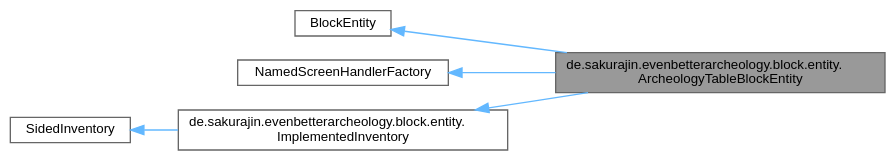
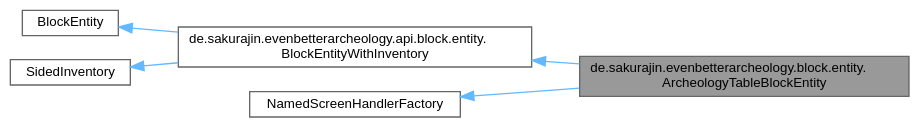
The diagram in classde_1_1sakurajin_1_1evenbetterarcheology_1_1block_1_1entity_1_1ArcheologyTableBlockEntity__inherit__graph.dot (noah1510/EvenBetterArcheology), drawn with Graphviz before and after one commit. The commit also changed 146 other files, not shown here.

```diff
--- a/classde_1_1sakurajin_1_1evenbetterarcheology_1_1block_1_1entity_1_1ArcheologyTableBlockEntity__inherit__graph.dot
+++ b/classde_1_1sakurajin_1_1evenbetterarcheology_1_1block_1_1entity_1_1ArcheologyTableBlockEntity__inherit__graph.dot
@@ -1,17 +1,17 @@
 digraph "de.sakurajin.evenbetterarcheology.block.entity.ArcheologyTableBlockEntity"
 {
  // LATEX_PDF_SIZE
   bgcolor="transparent";
   edge [fontname=Helvetica,fontsize=10,labelfontname=Helvetica,labelfontsize=10];
   node [fontname=Helvetica,fontsize=10,shape=box,height=0.2,width=0.4];
   rankdir="LR";
   Node1 [label="de.sakurajin.evenbetterarcheology.block.entity.\lArcheologyTableBlockEntity",height=0.2,width=0.4,color="gray40", fillcolor="grey60", style="filled", fontcolor="black",tooltip=" "];
   Node2 -> Node1 [dir="back",color="steelblue1",style="solid"];
-  Node2 [label="BlockEntity",height=0.2,width=0.4,color="gray40", fillcolor="white", style="filled",tooltip=" "];
-  Node3 -> Node1 [dir="back",color="steelblue1",style="solid"];
-  Node3 [label="NamedScreenHandlerFactory",height=0.2,width=0.4,color="gray40", fillcolor="white", style="filled",tooltip=" "];
-  Node4 -> Node1 [dir="back",color="steelblue1",style="solid"];
-  Node4 [label="de.sakurajin.evenbetterarcheology.block.entity.\lImplementedInventory",height=0.2,width=0.4,color="gray40", fillcolor="white", style="filled",URL="$interfacede_1_1sakurajin_1_1evenbetterarcheology_1_1block_1_1entity_1_1ImplementedInventory.html",tooltip="A simple SidedInventory implementation with only default methods + an item list getter."];
-  Node5 -> Node4 [dir="back",color="steelblue1",style="solid"];
-  Node5 [label="SidedInventory",height=0.2,width=0.4,color="gray40", fillcolor="white", style="filled",tooltip=" "];
+  Node2 [label="de.sakurajin.evenbetterarcheology.api.block.entity.\lBlockEntityWithInventory",height=0.2,width=0.4,color="gray40", fillcolor="white", style="filled",URL="$classde_1_1sakurajin_1_1evenbetterarcheology_1_1api_1_1block_1_1entity_1_1BlockEntityWithInventory.html",tooltip="A simple SidedInventory implementation with only default methods + an item list getter."];
+  Node3 -> Node2 [dir="back",color="steelblue1",style="solid"];
+  Node3 [label="BlockEntity",height=0.2,width=0.4,color="gray40", fillcolor="white", style="filled",tooltip=" "];
+  Node4 -> Node2 [dir="back",color="steelblue1",style="solid"];
+  Node4 [label="SidedInventory",height=0.2,width=0.4,color="gray40", fillcolor="white", style="filled",tooltip=" "];
+  Node5 -> Node1 [dir="back",color="steelblue1",style="solid"];
+  Node5 [label="NamedScreenHandlerFactory",height=0.2,width=0.4,color="gray40", fillcolor="white", style="filled",tooltip=" "];
 }
```
